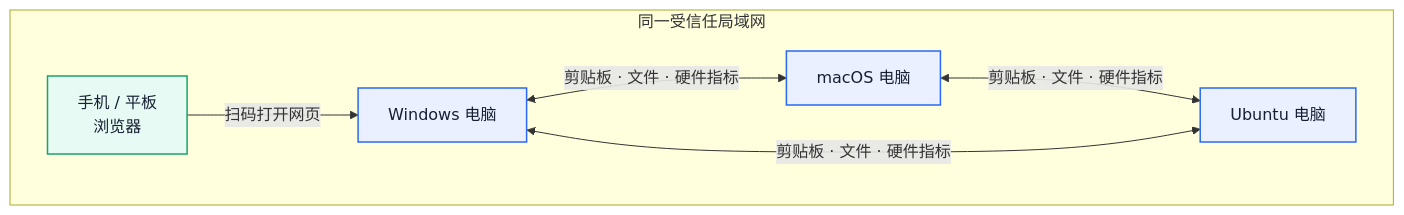
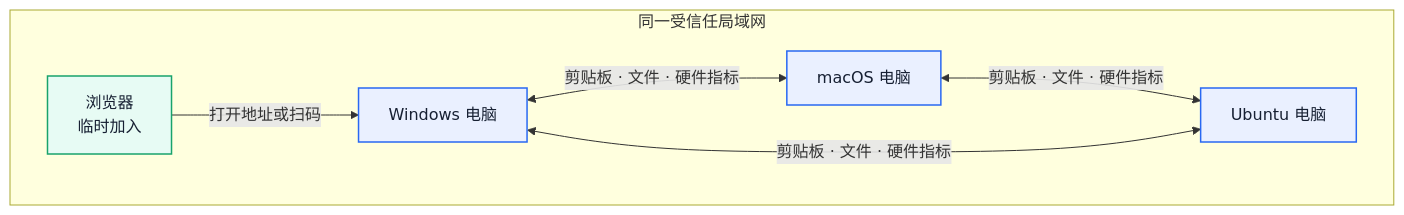
One commit to yangjinming1062/MeshShare changed the first of 3 diagrams in README.md. Above: the diagram before and after it, drawn with Mermaid. The commit also changed other lines of this file and 13 other files, not shown here.

````diff
--- a/README.md
+++ b/README.md
@@ -44,18 +44,18 @@
 ```mermaid
 flowchart LR
   subgraph LAN["同一受信任局域网"]
     direction LR
     A["Windows 电脑"]
     B["macOS 电脑"]
     C["Ubuntu 电脑"]
-    P["手机 / 平板<br/>浏览器"]
+    P["浏览器<br/>临时加入"]
   end
   A <-->|"剪贴板 · 文件 · 硬件指标"| B
   B <-->|"剪贴板 · 文件 · 硬件指标"| C
   A <-->|"剪贴板 · 文件 · 硬件指标"| C
-  P -->|"扫码打开网页"| A
+  P -->|"打开地址或扫码"| A
   classDef device fill:#eaf0ff,stroke:#2968f2,stroke-width:1.5px,color:#172033
   classDef phone fill:#e7fbf4,stroke:#18a36c,stroke-width:1.5px,color:#172033
   class A,B,C device
   class P phone
 ```
````
